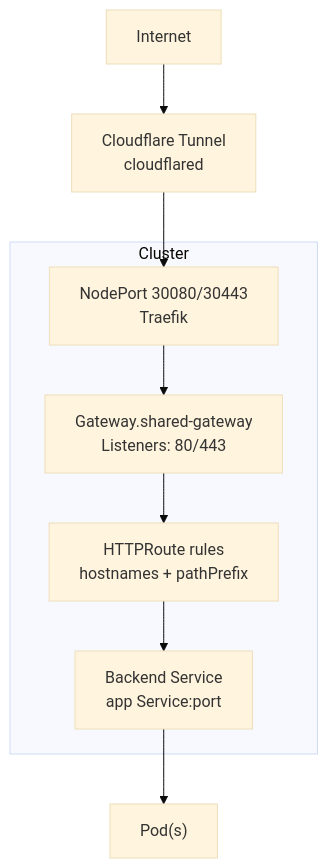
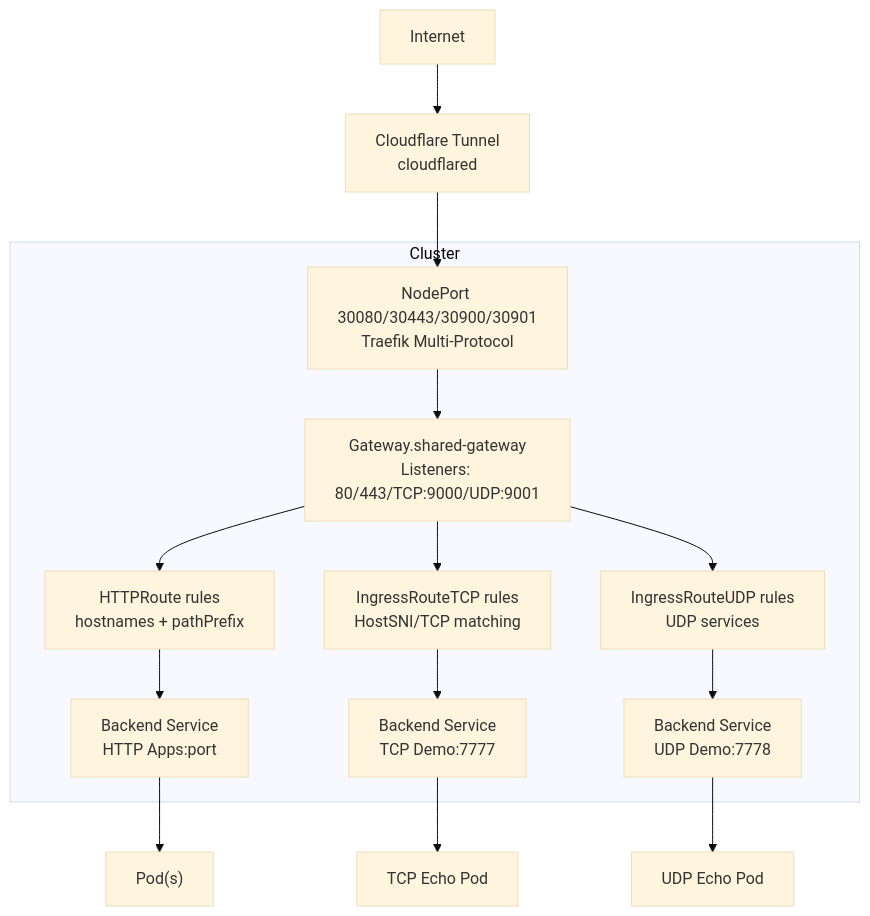
The second of 7 diagrams in .qoder/repowiki/en/content/Infrastructure Applications/Gateway API Controller.md (Hoangvu75/k8s_manifest), drawn with Mermaid (base theme) before and after one commit. The commit also changed other lines of this file and 7 other files, not shown here.

First line of the commit message:
fix: add Traefik CRDs (IngressRouteTCP, IngressRouteUDP, etc.)

````diff
--- a/.qoder/repowiki/en/content/Infrastructure Applications/Gateway API Controller.md
+++ b/.qoder/repowiki/en/content/Infrastructure Applications/Gateway API Controller.md
@@ -116,15 +146,25 @@
 ```mermaid
 graph TB
 INT["Internet"] --> CF["Cloudflare Tunnel<br/>cloudflared"]
-CF --> NP["NodePort 30080/30443<br/>Traefik"]
-NP --> GW["Gateway.shared-gateway<br/>Listeners: 80/443"]
-GW --> HR["HTTPRoute rules<br/>hostnames + pathPrefix"]
-HR --> SVC["Backend Service<br/>app Service:port"]
-SVC --> POD["Pod(s)"]
+CF --> NP["NodePort 30080/30443/30900/30901<br/>Traefik Multi-Protocol"]
+NP --> GW["Gateway.shared-gateway<br/>Listeners: 80/443/TCP:9000/UDP:9001"]
+GW --> HTTP_ROUTE["HTTPRoute rules<br/>hostnames + pathPrefix"]
+GW --> TCP_ROUTE["IngressRouteTCP rules<br/>HostSNI/TCP matching"]
+GW --> UDP_ROUTE["IngressRouteUDP rules<br/>UDP services"]
+HTTP_ROUTE --> SVC_HTTP["Backend Service<br/>HTTP Apps:port"]
+TCP_ROUTE --> SVC_TCP["Backend Service<br/>TCP Demo:7777"]
+UDP_ROUTE --> SVC_UDP["Backend Service<br/>UDP Demo:7778"]
+SVC_HTTP --> POD_HTTP["Pod(s)"]
+SVC_TCP --> POD_TCP["TCP Echo Pod"]
+SVC_UDP --> POD_UDP["UDP Echo Pod"]
 subgraph "Cluster"
 NP
 GW
-HR
-SVC
+HTTP_ROUTE
+TCP_ROUTE
+UDP_ROUTE
+SVC_HTTP
+SVC_TCP
+SVC_UDP
 end
 ```
````
